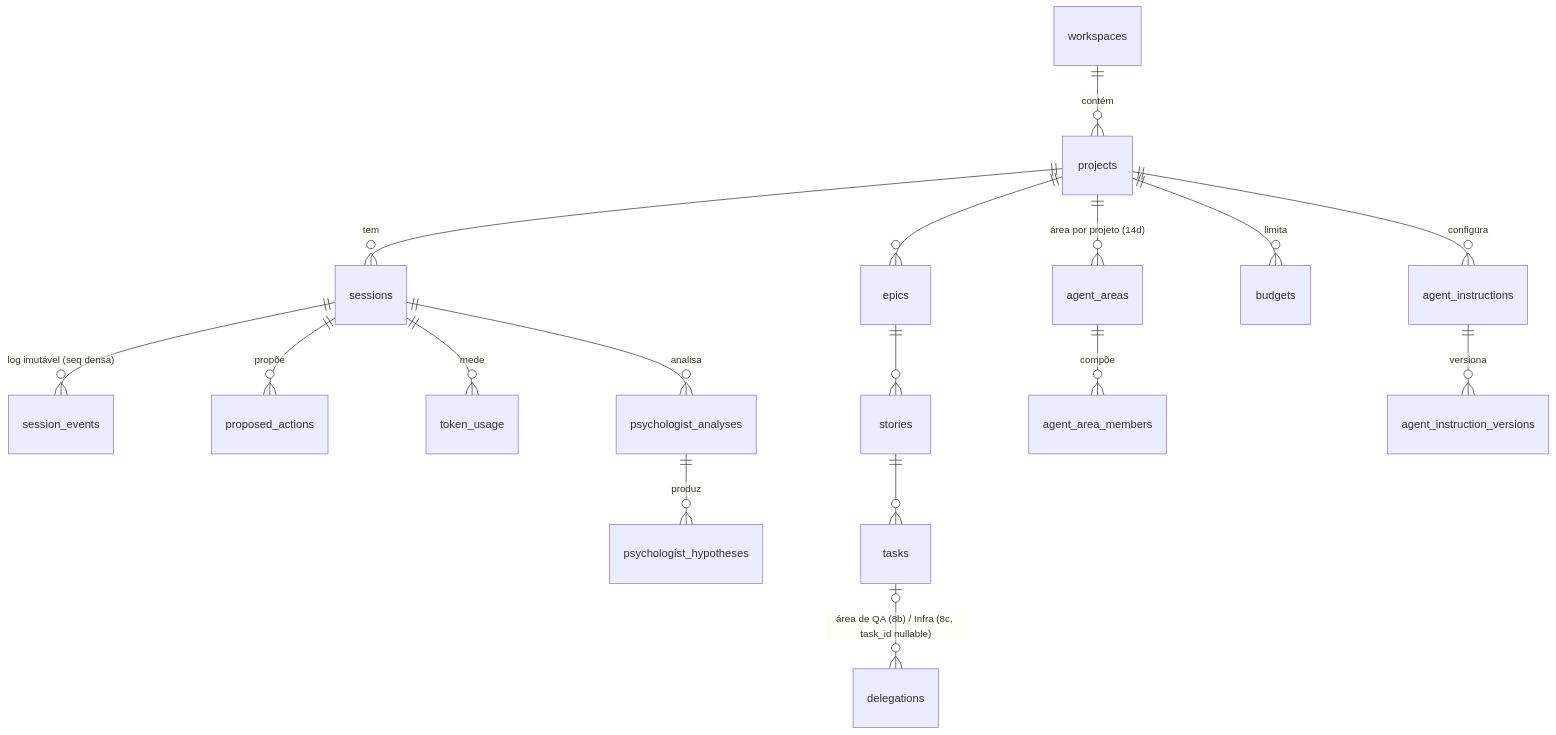
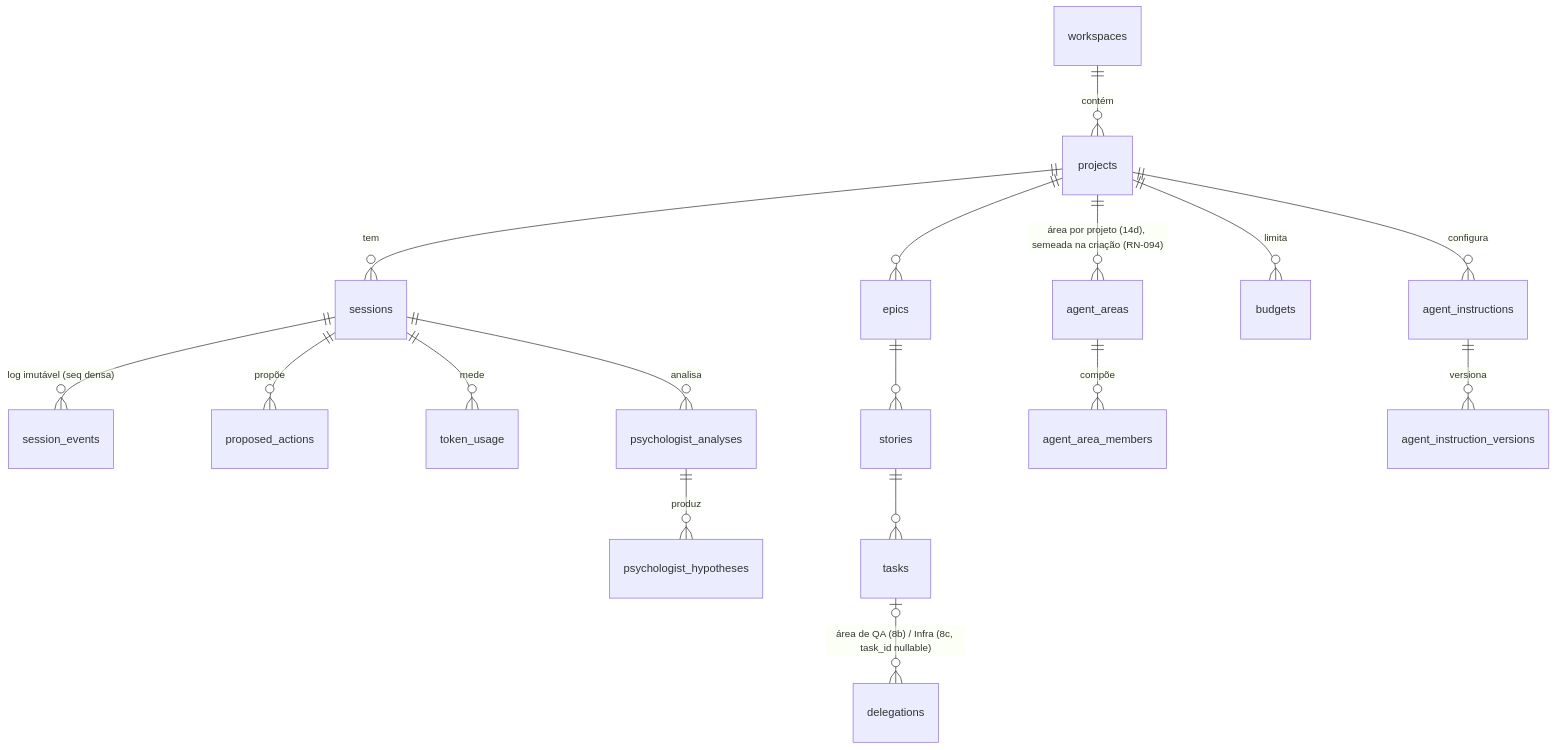
One commit to daneiel/brabo changed the third of 3 diagrams in docs/architecture.md. Above: the diagram before and after it, drawn with Mermaid. The commit also changed 31 other files, not shown here.

````diff
--- a/docs/architecture.md
+++ b/docs/architecture.md
@@ -374,19 +374,19 @@
 ```mermaid
 erDiagram
   workspaces ||--o{ projects : contém
   projects ||--o{ sessions : tem
   sessions ||--o{ session_events : "log imutável (seq densa)"
   sessions ||--o{ proposed_actions : propõe
   projects ||--o{ epics : ""
   epics ||--o{ stories : ""
   stories ||--o{ tasks : ""
   tasks |o--o{ delegations : "área de QA (8b) / Infra (8c, task_id nullable)"
-  projects ||--o{ agent_areas : "área por projeto (14d)"
+  projects ||--o{ agent_areas : "área por projeto (14d), semeada na criação (RN-094)"
   agent_areas ||--o{ agent_area_members : compõe
   projects ||--o{ budgets : limita
   sessions ||--o{ token_usage : mede
   projects ||--o{ agent_instructions : configura
   agent_instructions ||--o{ agent_instruction_versions : versiona
   sessions ||--o{ psychologist_analyses : analisa
   psychologist_analyses ||--o{ psychologist_hypotheses : produz
 ```
````
